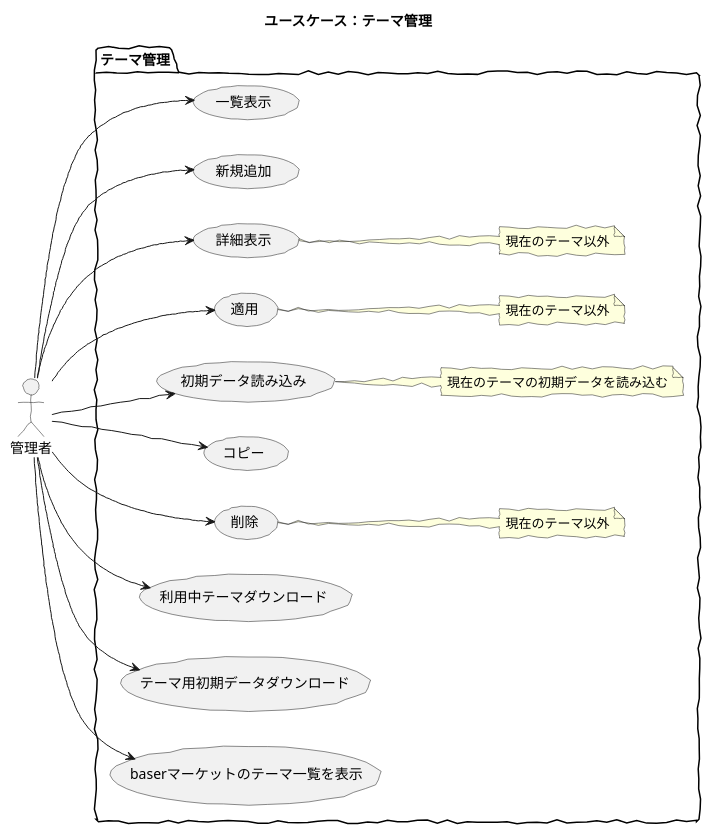
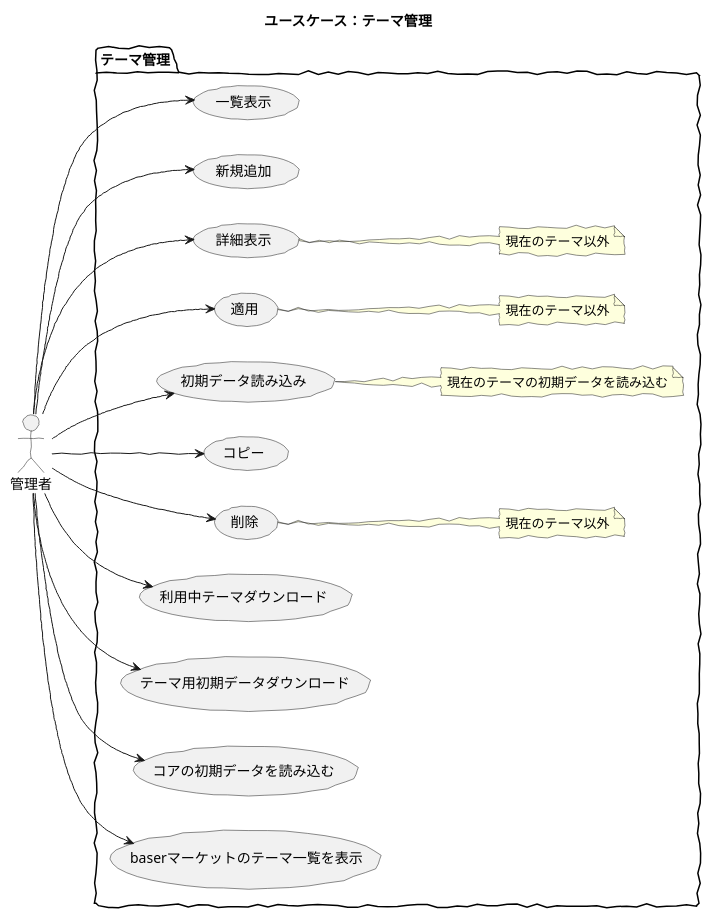
One commit to baserproject/baserproject.github.io changed the diagram in src/puml/5/ucmitz/svg/use_case/themes.puml. Above: the diagram before and after it, drawn with PlantUML. The commit also changed 4 other files, not shown here.

```diff
--- a/src/puml/5/ucmitz/svg/use_case/themes.puml
+++ b/src/puml/5/ucmitz/svg/use_case/themes.puml
@@ -1,36 +1,37 @@
 @startuml
 
 skinparam handwritten true
 skinparam backgroundColor white
 
 title ユースケース：テーマ管理
 
 actor 管理者
 
 package テーマ管理 {
 	left to right direction
 	管理者 -down-> (一覧表示)
 	管理者 -down-> (新規追加)
 	管理者 -down-> (詳細表示)
 	管理者 -down-> (適用)
 	管理者 -down-> (初期データ読み込み)
 	管理者 -down-> (コピー)
 	管理者 -down-> (削除)
 	管理者 -down-> (利用中テーマダウンロード)
 	管理者 -down-> (テーマ用初期データダウンロード)
+	管理者 -down-> (コアの初期データを読み込む)
 	管理者 -down-> (baserマーケットのテーマ一覧を表示)
 	note right of 初期データ読み込み
 	現在のテーマの初期データを読み込む
 	endnote
 	note right of 削除
 	現在のテーマ以外
 	endnote
 	note right of 適用
 	現在のテーマ以外
 	endnote
 	note right of 詳細表示
 	現在のテーマ以外
 	endnote
 }
 
 @enduml
```
